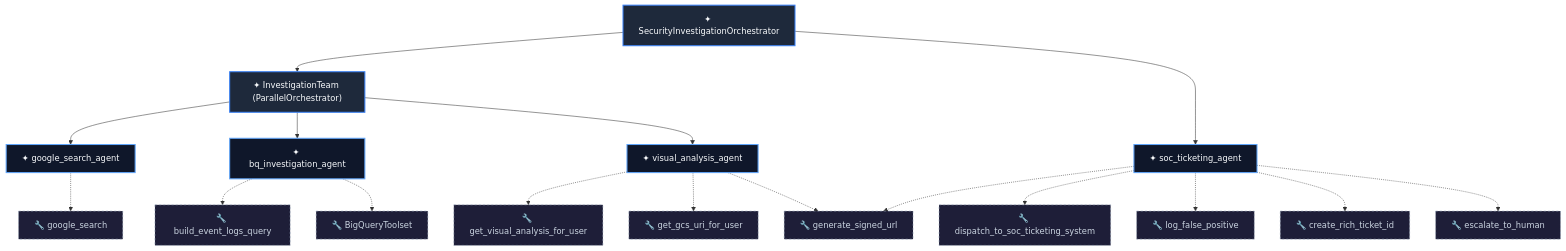
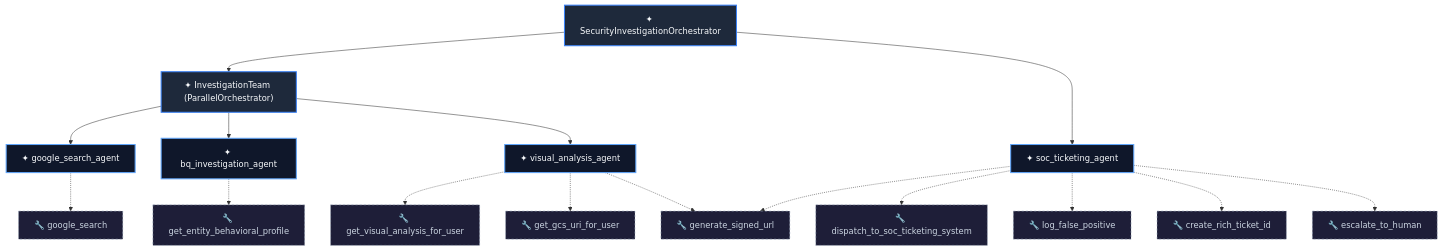
One commit to fbarahona/Google-AI-Lab changed the diagram in src/demo/README.md. Above: the diagram before and after it, drawn with Mermaid. The commit also changed other lines of this file and 40 other files, not shown here.

````diff
--- a/src/demo/README.md
+++ b/src/demo/README.md
@@ -185,46 +189,44 @@
 ```mermaid
 graph TD
     classDef orchestrator fill:#1e293b,stroke:#3b82f6,stroke-width:2px,color:#f8fafc;
     classDef agent fill:#0f172a,stroke:#60a5fa,stroke-width:2px,color:#f8fafc;
     classDef tool fill:#1e1e38,stroke:#94a3b8,stroke-dasharray: 4 4,stroke-width:1px,color:#cbd5e1;
 
     Orchestrator["✦ SecurityInvestigationOrchestrator"]:::orchestrator
     Team["✦ InvestigationTeam (ParallelOrchestrator)"]:::orchestrator
     TicketingAgent["✦ soc_ticketing_agent"]:::agent
 
     SearchAgent["✦ google_search_agent"]:::agent
     BQAgent["✦ bq_investigation_agent"]:::agent
     VisualAgent["✦ visual_analysis_agent"]:::agent
 
     ToolSearch["🔧 google_search"]:::tool
-    ToolBQQuery["🔧 build_event_logs_query"]:::tool
-    ToolBQSet["🔧 BigQueryToolset"]:::tool
+    ToolBQQuery["🔧 get_entity_behavioral_profile"]:::tool
     ToolVisAnalysis["🔧 get_visual_analysis_for_user"]:::tool
     ToolGCSUri["🔧 get_gcs_uri_for_user"]:::tool
     ToolSignedUrl["🔧 generate_signed_url"]:::tool
 
     ToolDispatch["🔧 dispatch_to_soc_ticketing_system"]:::tool
     ToolFP["🔧 log_false_positive"]:::tool
     ToolTicketId["🔧 create_rich_ticket_id"]:::tool
     ToolEscalate["🔧 escalate_to_human"]:::tool
 
     Orchestrator --> Team
     Orchestrator --> TicketingAgent
 
     Team --> SearchAgent
     Team --> BQAgent
     Team --> VisualAgent
 
     SearchAgent -.-> ToolSearch
     BQAgent -.-> ToolBQQuery
-    BQAgent -.-> ToolBQSet
     VisualAgent -.-> ToolVisAnalysis
     VisualAgent -.-> ToolGCSUri
     VisualAgent -.-> ToolSignedUrl
 
     TicketingAgent -.-> ToolSignedUrl
     TicketingAgent -.-> ToolDispatch
     TicketingAgent -.-> ToolFP
     TicketingAgent -.-> ToolTicketId
     TicketingAgent -.-> ToolEscalate
 ```
````
